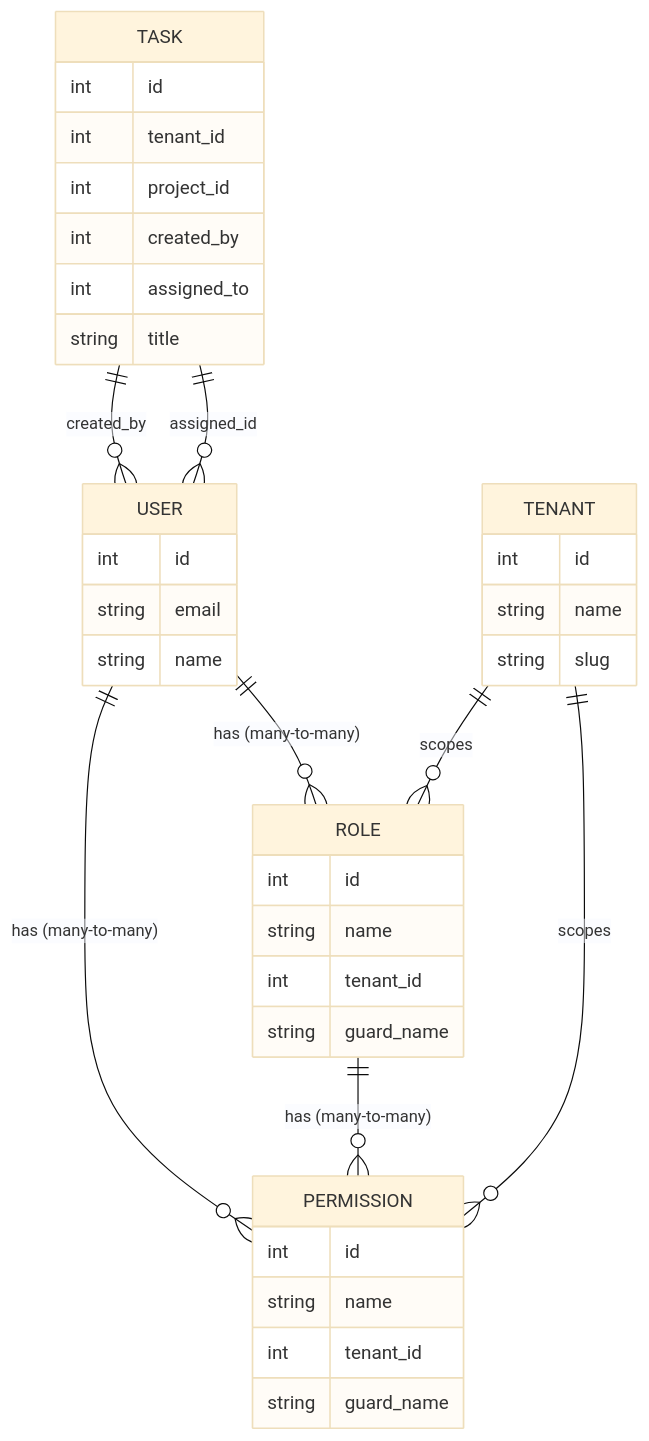
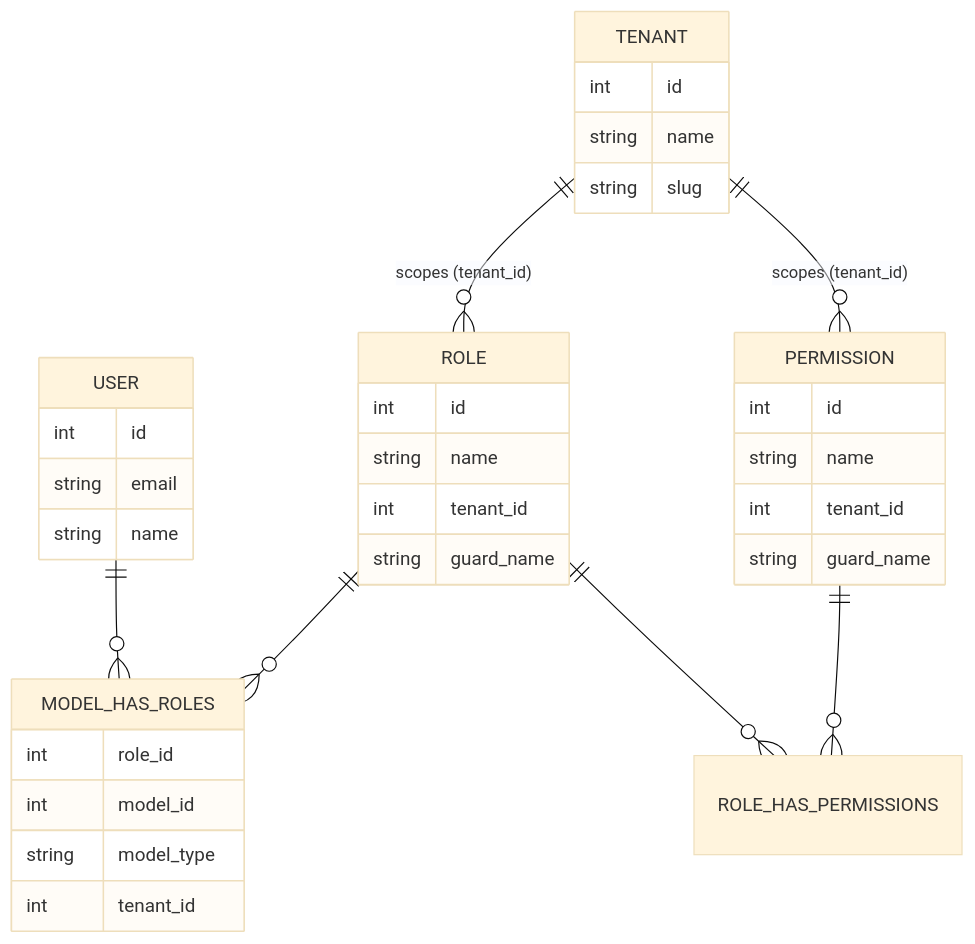
The second of 4 diagrams in docs/product/PERMISSION_RBAC/02-ARCHITECTURE.md (mypham773734/sass-dashboard-tenant-project), drawn with Mermaid (base theme) before and after one commit. The commit also changed other lines of this file and 38 other files, not shown here.

````diff
--- a/docs/product/PERMISSION_RBAC/02-ARCHITECTURE.md
+++ b/docs/product/PERMISSION_RBAC/02-ARCHITECTURE.md
@@ -34,41 +30,38 @@
 ```mermaid
 erDiagram
-    USER ||--o{ ROLE : "has (many-to-many)"
-    USER ||--o{ PERMISSION : "has (many-to-many)"
-    ROLE ||--o{ PERMISSION : "has (many-to-many)"
-    TENANT ||--o{ ROLE : "scopes"
-    TENANT ||--o{ PERMISSION : "scopes"
-    TASK ||--o{ USER : "created_by"
-    TASK ||--o{ USER : "assigned_id"
-    
+    USER ||--o{ MODEL_HAS_ROLES : ""
+    ROLE ||--o{ MODEL_HAS_ROLES : ""
+    ROLE ||--o{ ROLE_HAS_PERMISSIONS : ""
+    PERMISSION ||--o{ ROLE_HAS_PERMISSIONS : ""
+    TENANT ||--o{ ROLE : "scopes (tenant_id)"
+    TENANT ||--o{ PERMISSION : "scopes (tenant_id)"
+
     USER {
         int id
         string email
         string name
     }
     ROLE {
         int id
         string name
         int tenant_id
         string guard_name
     }
     PERMISSION {
         int id
         string name
         int tenant_id
         string guard_name
     }
+    MODEL_HAS_ROLES {
+        int role_id
+        int model_id
+        string model_type
+        int tenant_id
+    }
     TENANT {
         int id
         string name
         string slug
     }
-    TASK {
-        int id
-        int tenant_id
-        int project_id
-        int created_by
-        int assigned_to
-        string title
-    }
 ```
````
